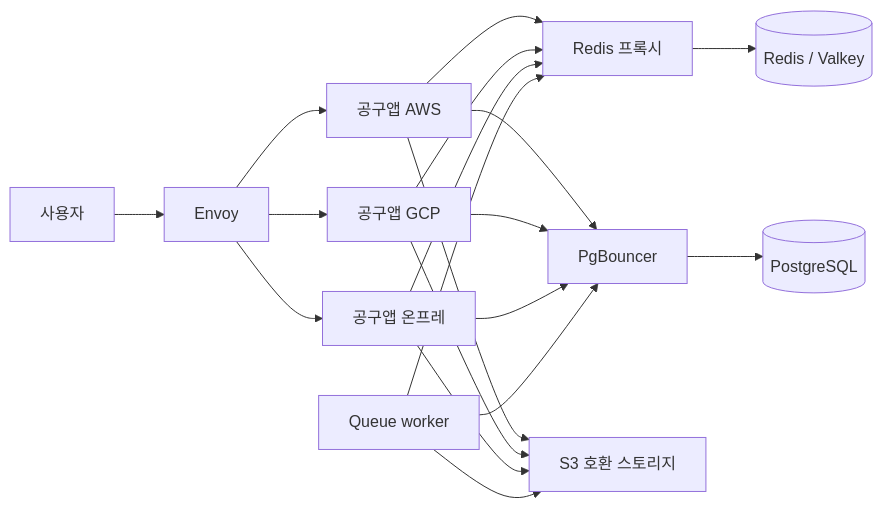
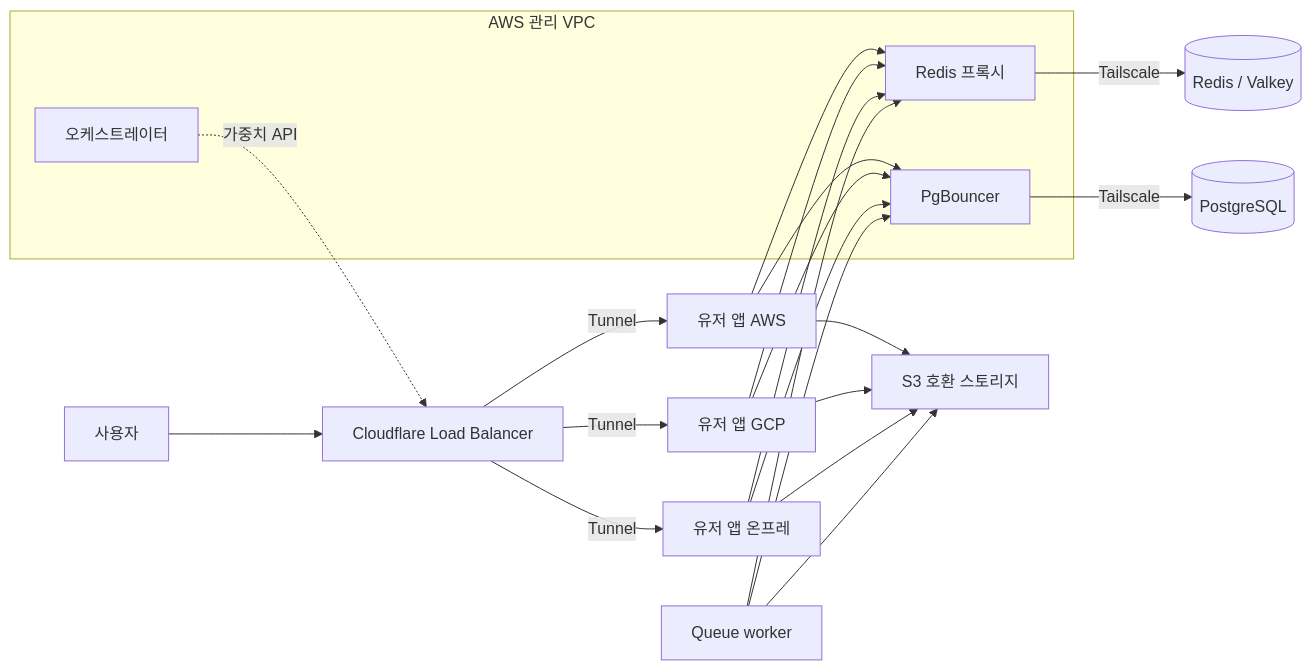
One commit to SoftBank-2026-Hackathon-Foxtrot/demo changed the diagram in README.md. Above: the diagram before and after it, drawn with Mermaid. The commit also changed other lines of this file and 2 other files, not shown here.

Commit message:
트래픽 계층을 Cloudflare 기준으로 수정
회의 결정에 맞춰 Envoy 설명을 Cloudflare Load Balancer와 Tunnel로 바꾸고
Redis 프록시와 PgBouncer를 AWS 관리 VPC에 둔다. 코드 동작은 바꾸지 않는다.

````diff
--- a/README.md
+++ b/README.md
@@ -65,13 +65,19 @@
 ```mermaid
 flowchart LR
-    U[사용자] --> E[Envoy]
-    E --> A1[공구앱 AWS]
-    E --> A2[공구앱 GCP]
-    E --> A3[공구앱 온프레]
+    U[사용자] --> E[Cloudflare Load Balancer]
+    O[오케스트레이터] -. 가중치 API .-> E
+    E -- Tunnel --> A1[유저 앱 AWS]
+    E -- Tunnel --> A2[유저 앱 GCP]
+    E -- Tunnel --> A3[유저 앱 온프레]
     A1 & A2 & A3 --> RP[Redis 프록시]
     A1 & A2 & A3 --> PB[PgBouncer]
     A1 & A2 & A3 --> S[S3 호환 스토리지]
     W[Queue worker] --> RP & PB & S
-    RP --> R[(Redis / Valkey)]
-    PB --> P[(PostgreSQL)]
+    subgraph M[AWS 관리 VPC]
+        O
+        RP
+        PB
+    end
+    RP -- Tailscale --> R[(Redis / Valkey)]
+    PB -- Tailscale --> P[(PostgreSQL)]
 ```
````
